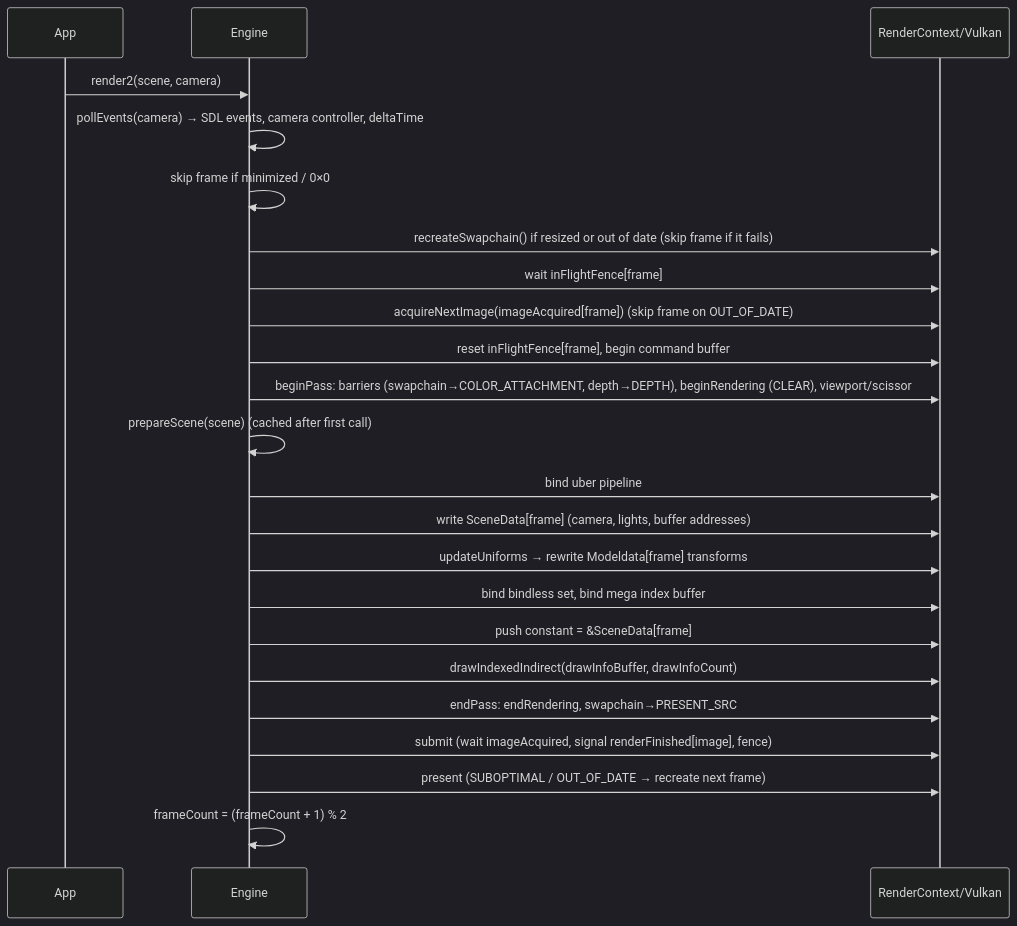
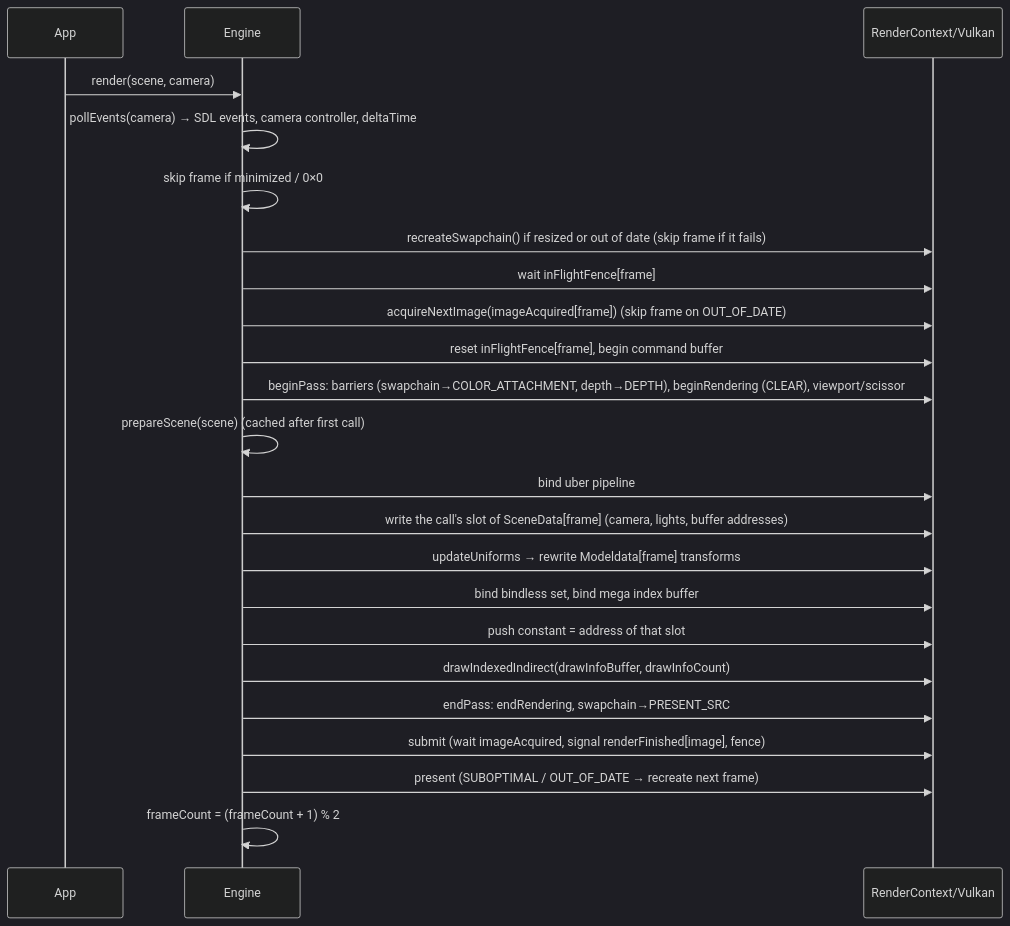
Before and after one commit to adel-elmala/rasm: the second of 3 diagrams in docs/architecture.md, drawn with Mermaid (dark theme). The commit also changed other lines of this file and 24 other files, not shown here.

````diff
--- a/docs/architecture.md
+++ b/docs/architecture.md
@@ -77,25 +77,25 @@
 ```mermaid
 sequenceDiagram
     participant App
     participant E as Engine
     participant C as RenderContext/Vulkan
-    App->>E: render2(scene, camera)
+    App->>E: render(scene, camera)
     E->>E: pollEvents(camera) → SDL events, camera controller, deltaTime
     E->>E: skip frame if minimized / 0×0
     E->>C: recreateSwapchain() if resized or out of date (skip frame if it fails)
     E->>C: wait inFlightFence[frame]
     E->>C: acquireNextImage(imageAcquired[frame]) (skip frame on OUT_OF_DATE)
     E->>C: reset inFlightFence[frame], begin command buffer
     E->>C: beginPass: barriers (swapchain→COLOR_ATTACHMENT, depth→DEPTH), beginRendering (CLEAR), viewport/scissor
     E->>E: prepareScene(scene) (cached after first call)
     E->>C: bind uber pipeline
-    E->>C: write SceneData[frame] (camera, lights, buffer addresses)
+    E->>C: write the call's slot of SceneData[frame] (camera, lights, buffer addresses)
     E->>C: updateUniforms → rewrite Modeldata[frame] transforms
     E->>C: bind bindless set, bind mega index buffer
-    E->>C: push constant = &SceneData[frame]
+    E->>C: push constant = address of that slot
     E->>C: drawIndexedIndirect(drawInfoBuffer, drawInfoCount)
     E->>C: endPass: endRendering, swapchain→PRESENT_SRC
     E->>C: submit (wait imageAcquired, signal renderFinished[image], fence)
     E->>C: present (SUBOPTIMAL / OUT_OF_DATE → recreate next frame)
     E->>E: frameCount = (frameCount + 1) % 2
 ```
````
